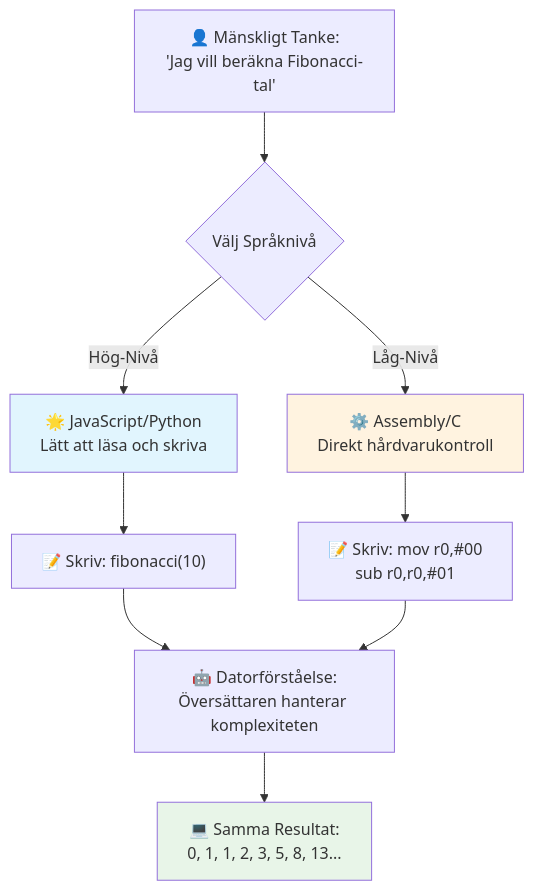
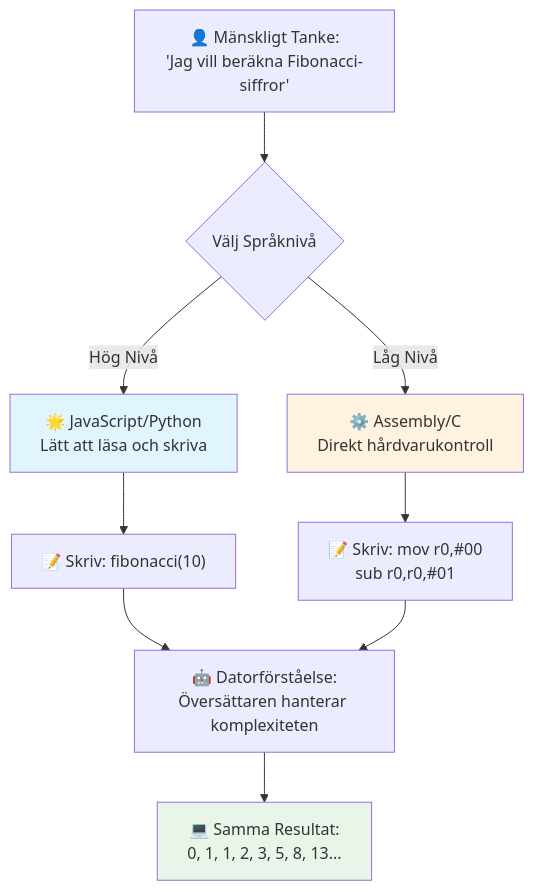
One commit to microsoft/Web-Dev-For-Beginners changed the third of 7 diagrams in translations/sv/1-getting-started-lessons/1-intro-to-programming-languages/README.md. Above: the diagram before and after it, drawn with Mermaid. The commit also changed other lines of this file and 8 other files, not shown here.

````diff
--- a/translations/sv/1-getting-started-lessons/1-intro-to-programming-languages/README.md
+++ b/translations/sv/1-getting-started-lessons/1-intro-to-programming-languages/README.md
@@ -148,19 +148,19 @@
 ```mermaid
 flowchart TB
-    A["👤 Mänskligt Tanke:<br/>'Jag vill beräkna Fibonacci-tal'"] --> B{Välj Språknivå}
+    A["👤 Mänskligt Tanke:<br/>'Jag vill beräkna Fibonacci-siffror'"] --> B{Välj Språknivå}
     
-    B -->|Hög-Nivå| C["🌟 JavaScript/Python<br/>Lätt att läsa och skriva"]
-    B -->|Låg-Nivå| D["⚙️ Assembly/C<br/>Direkt hårdvarukontroll"]
+    B -->|Hög Nivå| C["🌟 JavaScript/Python<br/>Lätt att läsa och skriva"]
+    B -->|Låg Nivå| D["⚙️ Assembly/C<br/>Direkt hårdvarukontroll"]
     
     C --> E["📝 Skriv: fibonacci(10)"]
     D --> F["📝 Skriv: mov r0,#00<br/>sub r0,r0,#01"]
     
     E --> G["🤖 Datorförståelse:<br/>Översättaren hanterar komplexiteten"]
     F --> G
     
     G --> H["💻 Samma Resultat:<br/>0, 1, 1, 2, 3, 5, 8, 13..."]
     
     style C fill:#e1f5fe
     style D fill:#fff3e0
     style H fill:#e8f5e8
 ```
````
